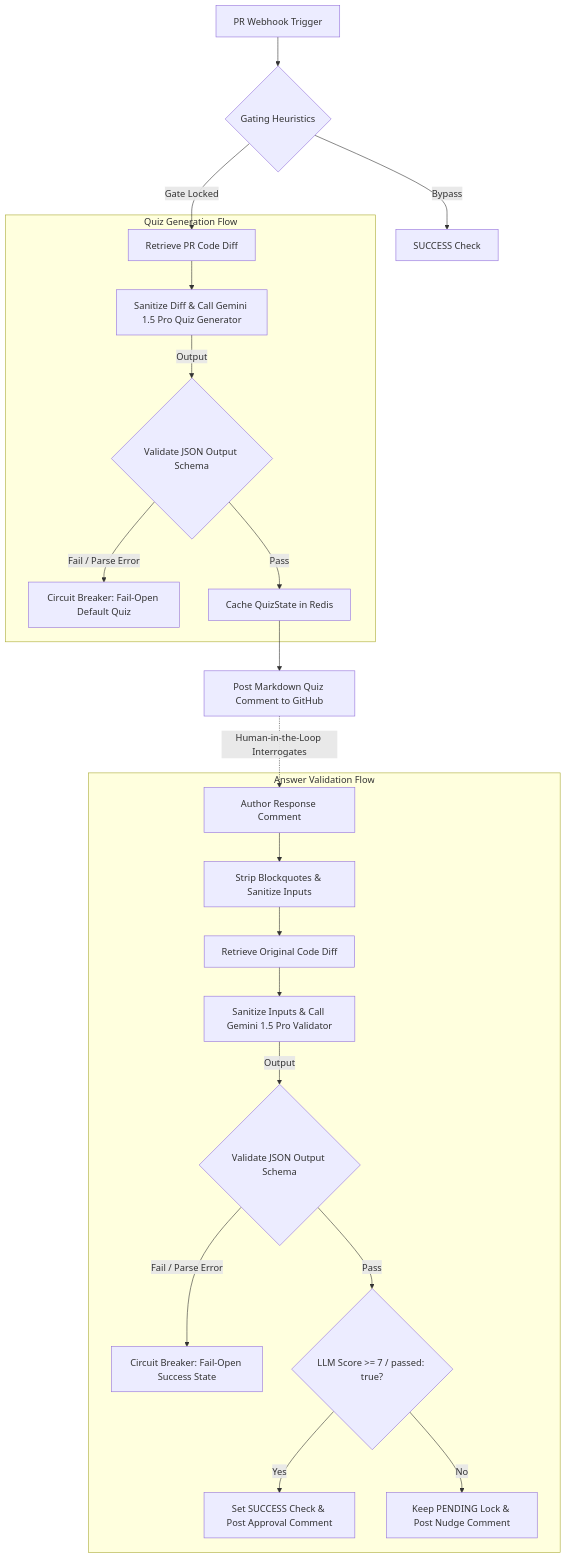
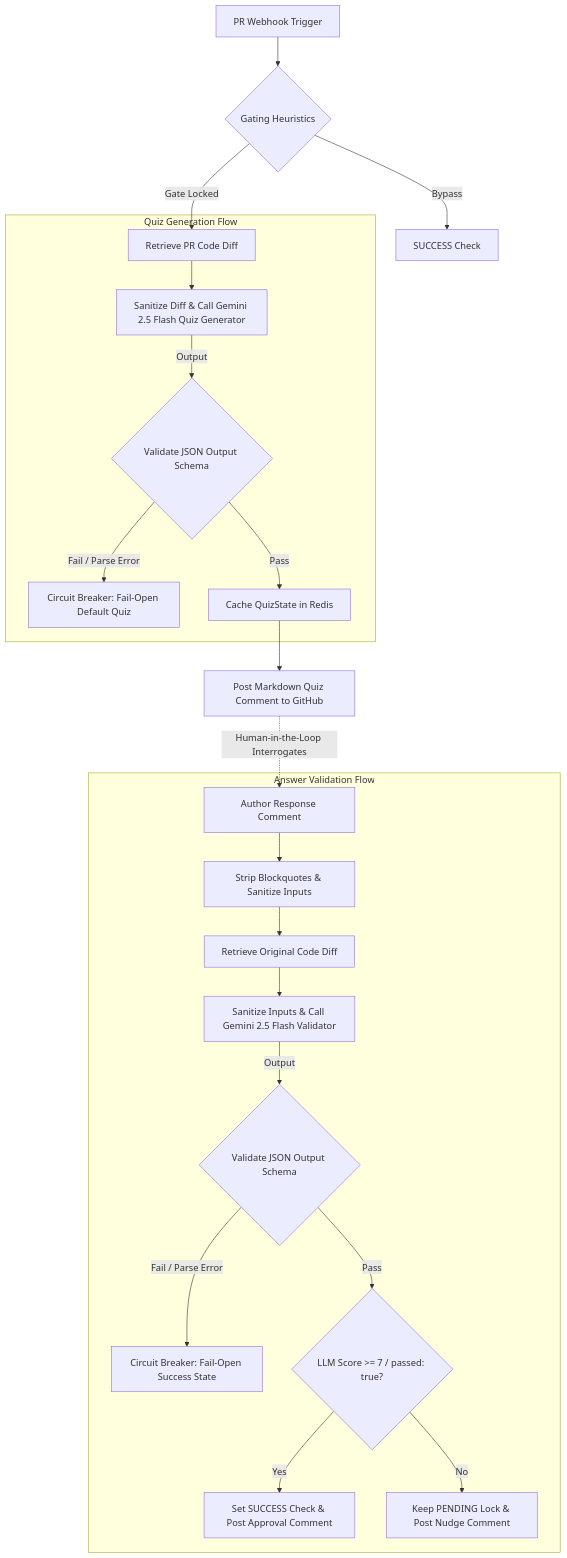
Before and after one commit to tinhct/archi-check: the diagram in docs/Applied-AI/AI_Workflow_Design.md, drawn with Mermaid. The commit also changed 4 other files, not shown here.

Commit message:
docs: update all model references to gemini-2.5-flash

````diff
--- a/docs/Applied-AI/AI_Workflow_Design.md
+++ b/docs/Applied-AI/AI_Workflow_Design.md
@@ -7,28 +7,28 @@
 ```mermaid
 flowchart TD
     A[PR Webhook Trigger] --> B{Gating Heuristics}
     B -->|Bypass| C[SUCCESS Check]
     B -->|Gate Locked| D[Retrieve PR Code Diff]
     
     subgraph Quiz Generation Flow
-        D --> E[Sanitize Diff & Call Gemini 1.5 Pro Quiz Generator]
+        D --> E[Sanitize Diff & Call Gemini 2.5 Flash Quiz Generator]
         E -->|Output| F{Validate JSON Output Schema}
         F -->|Fail / Parse Error| G[Circuit Breaker: Fail-Open Default Quiz]
         F -->|Pass| H[Cache QuizState in Redis]
     end
 
     H --> I[Post Markdown Quiz Comment to GitHub]
     
     subgraph Answer Validation Flow
         J[Author Response Comment] --> K[Strip Blockquotes & Sanitize Inputs]
         K --> L[Retrieve Original Code Diff]
-        L --> M[Sanitize Inputs & Call Gemini 1.5 Pro Validator]
+        L --> M[Sanitize Inputs & Call Gemini 2.5 Flash Validator]
         M -->|Output| N{Validate JSON Output Schema}
         N -->|Fail / Parse Error| O[Circuit Breaker: Fail-Open Success State]
         N -->|Pass| P{LLM Score >= 7 / passed: true?}
         P -->|Yes| Q[Set SUCCESS Check & Post Approval Comment]
         P -->|No| R[Keep PENDING Lock & Post Nudge Comment]
     end
 
     I -.->|Human-in-the-Loop Interrogates| J
 ```
````
